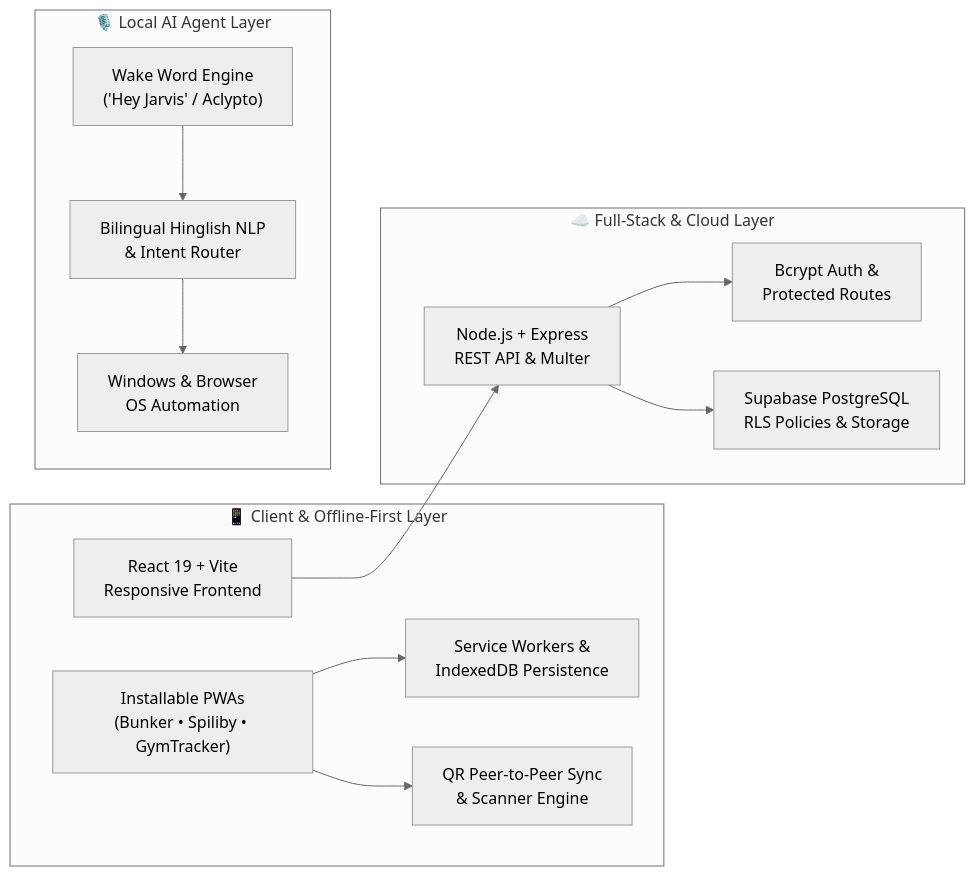
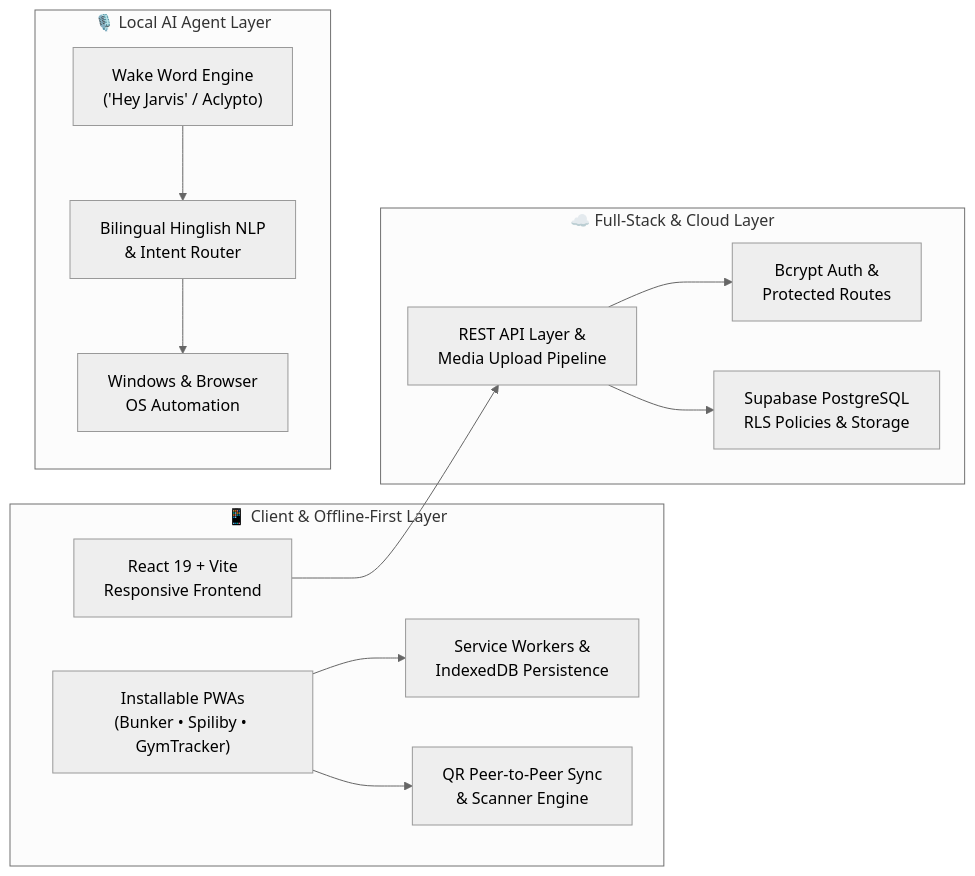
One commit to CuriousKartik/CuriousKartik changed the diagram in README.md. Above: the diagram before and after it, drawn with Mermaid (neutral theme). The commit also changed other lines of this file, not shown here.

Commit message:
chore: remove Dart, Flutter, Node.js, and Express.js from README

````diff
--- a/README.md
+++ b/README.md
@@ -237,29 +237,29 @@
 ```mermaid
 flowchart LR
     subgraph Client["📱 Client & Offline-First Layer"]
         PWA["Installable PWAs<br/>(Bunker • Spiliby • GymTracker)"]
         SW["Service Workers &<br/>IndexedDB Persistence"]
         QR["QR Peer-to-Peer Sync<br/>& Scanner Engine"]
         ReactUI["React 19 + Vite<br/>Responsive Frontend"]
     end
 
     subgraph Backend["☁️ Full-Stack & Cloud Layer"]
-        API["Node.js + Express<br/>REST API & Multer"]
+        API["REST API Layer &<br/>Media Upload Pipeline"]
         Auth["Bcrypt Auth &<br/>Protected Routes"]
         Supa["Supabase PostgreSQL<br/>RLS Policies & Storage"]
     end
 
     subgraph LocalAI["🎙️ Local AI Agent Layer"]
         Wake["Wake Word Engine<br/>('Hey Jarvis' / Aclypto)"]
         NLP["Bilingual Hinglish NLP<br/>& Intent Router"]
         OS["Windows & Browser<br/>OS Automation"]
     end
 
     PWA --> SW
     PWA --> QR
     ReactUI --> API
     API --> Auth
     API --> Supa
     Wake --> NLP
     NLP --> OS
 ```
````
